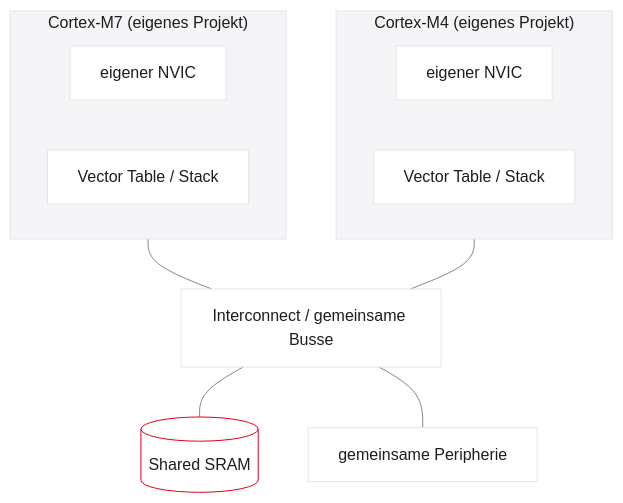
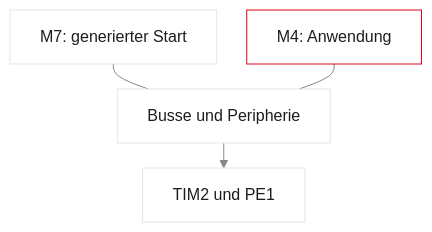
One commit to dantschi/echtzeitsysteme changed the sixth of 8 diagrams in vorlesungen/01_was-ist-echtzeit.qmd. Above: the diagram before and after it, drawn with Mermaid. The commit also changed other lines of this file and 6 other files, not shown here.

````diff
--- a/vorlesungen/01_was-ist-echtzeit.qmd
+++ b/vorlesungen/01_was-ist-echtzeit.qmd
@@ -1234,21 +791,9 @@
 ```{mermaid}
-%%| fig-width: 5.4
-%%{init: {'theme': 'base', 'themeVariables': {'background': '#FFFFFF', 'primaryColor': '#FFFFFF', 'primaryBorderColor': '#E5E5EA', 'primaryTextColor': '#1D1D1F', 'lineColor': '#86868B', 'secondaryColor': '#F5F5F7', 'tertiaryColor': '#FFFFFF', 'mainBkg': '#FFFFFF', 'nodeBorder': '#E5E5EA', 'clusterBkg': '#F5F5F7', 'clusterBorder': '#E5E5EA', 'titleColor': '#1D1D1F', 'edgeLabelBackground': '#FFFFFF'}}}%%
-flowchart TB
-  subgraph M7["Cortex-M7 (eigenes Projekt)"]
-    NV7[eigener NVIC]
-    VT7[Vector Table / Stack]
-  end
-  subgraph M4["Cortex-M4 (eigenes Projekt)"]
-    NV4[eigener NVIC]
-    VT4[Vector Table / Stack]
-  end
-  SRAM[(Shared SRAM)]
-  BUS[Interconnect / gemeinsame Busse]
-  PER[gemeinsame Peripherie]
-  M7 --- BUS
-  M4 --- BUS
-  BUS --- SRAM
-  BUS --- PER
-  style SRAM fill:#FFFFFF,stroke:#E2001A,stroke-width:2px !important
+%%| fig-width: 5.2
+%%{init: {'theme': 'base', 'flowchart': {'nodeSpacing': 30, 'rankSpacing': 25}, 'themeVariables': {'background': '#FFFFFF', 'primaryColor': '#FFFFFF', 'primaryBorderColor': '#E5E5EA', 'primaryTextColor': '#1D1D1F', 'lineColor': '#86868B', 'secondaryColor': '#F5F5F7', 'tertiaryColor': '#FFFFFF', 'clusterBkg': '#F5F5F7', 'clusterBorder': '#E5E5EA', 'edgeLabelBackground': '#FFFFFF'}}}%%
+flowchart TD
+  M7[M7: generierter Start] --- B[Busse und Peripherie]
+  M4[M4: Anwendung] --- B
+  B --> T[TIM2 und PE1]
+  style M4 fill:#FFFFFF,stroke:#E2001A,stroke-width:2px !important
 ```
````
